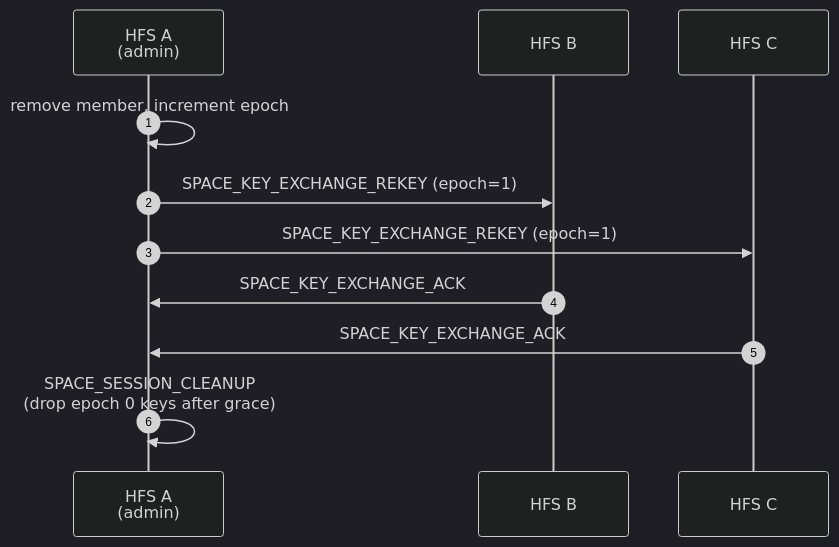
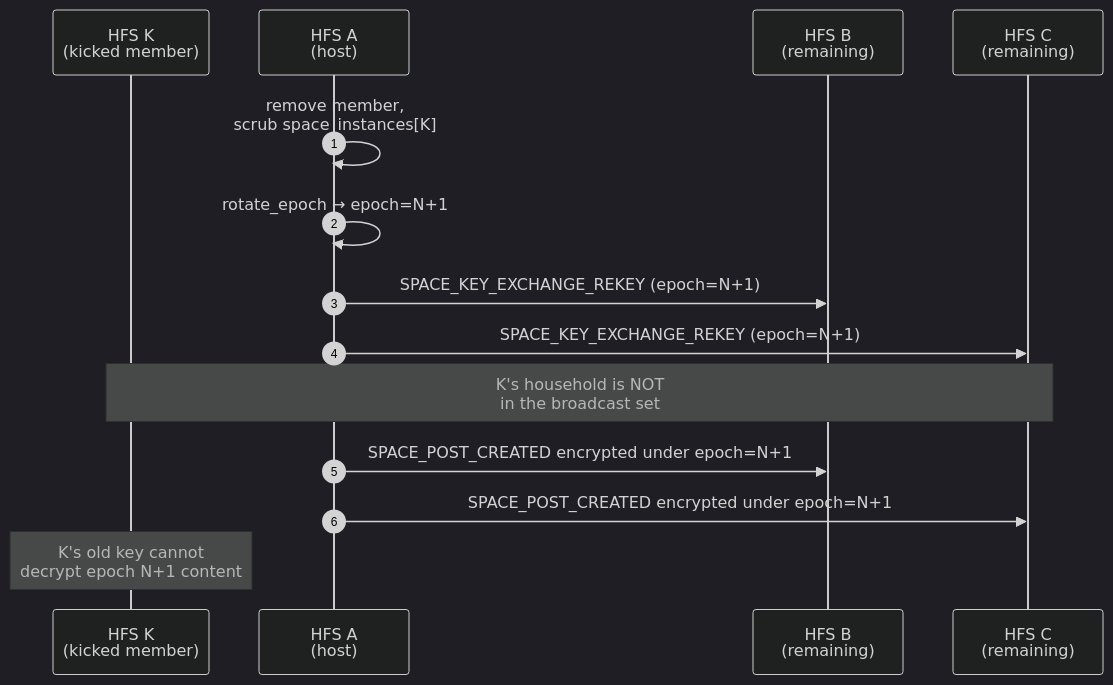
Before and after one commit to social-home-io/social-home: the second of 4 diagrams in docs/protocol/spaces.md, drawn with Mermaid (dark theme). The commit also changed other lines of this file and 6 other files, not shown here.

````diff
--- a/docs/protocol/spaces.md
+++ b/docs/protocol/spaces.md
@@ -55,13 +77,16 @@
 ```mermaid
 sequenceDiagram
     autonumber
-    participant A as HFS A<br/>(admin)
-    participant B as HFS B
-    participant C as HFS C
-    A->>A: remove member, increment epoch
-    A->>B: SPACE_KEY_EXCHANGE_REKEY (epoch=1)
-    A->>C: SPACE_KEY_EXCHANGE_REKEY (epoch=1)
-    B->>A: SPACE_KEY_EXCHANGE_ACK
-    C->>A: SPACE_KEY_EXCHANGE_ACK
-    A->>A: SPACE_SESSION_CLEANUP<br/>(drop epoch 0 keys after grace)
+    participant K as HFS K<br/>(kicked member)
+    participant A as HFS A<br/>(host)
+    participant B as HFS B<br/>(remaining)
+    participant C as HFS C<br/>(remaining)
+    A->>A: remove member,<br/>scrub space_instances[K]
+    A->>A: rotate_epoch → epoch=N+1
+    A->>B: SPACE_KEY_EXCHANGE_REKEY (epoch=N+1)
+    A->>C: SPACE_KEY_EXCHANGE_REKEY (epoch=N+1)
+    Note over K,C: K's household is NOT<br/>in the broadcast set
+    A->>B: SPACE_POST_CREATED encrypted under epoch=N+1
+    A->>C: SPACE_POST_CREATED encrypted under epoch=N+1
+    Note over K: K's old key cannot<br/>decrypt epoch N+1 content
 ```
````
